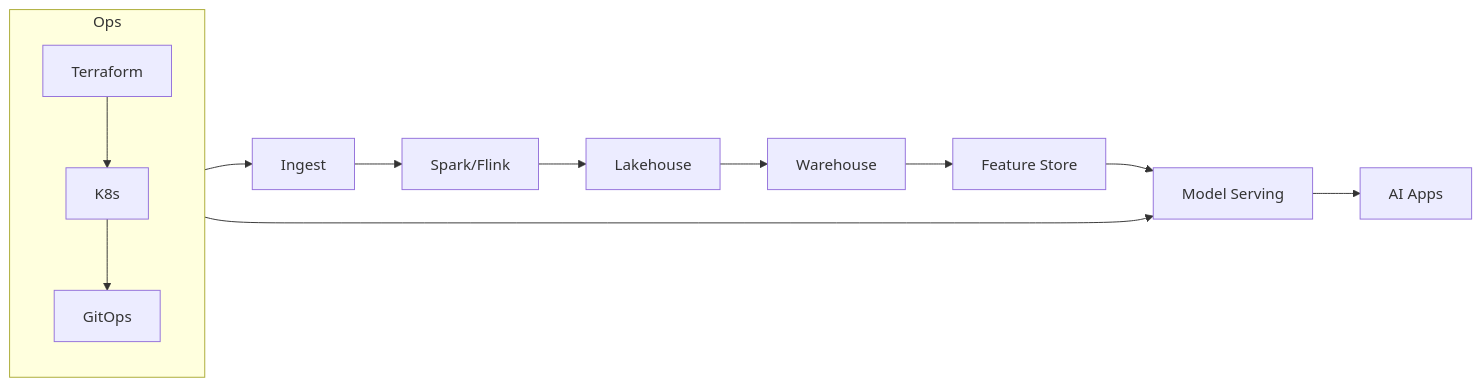
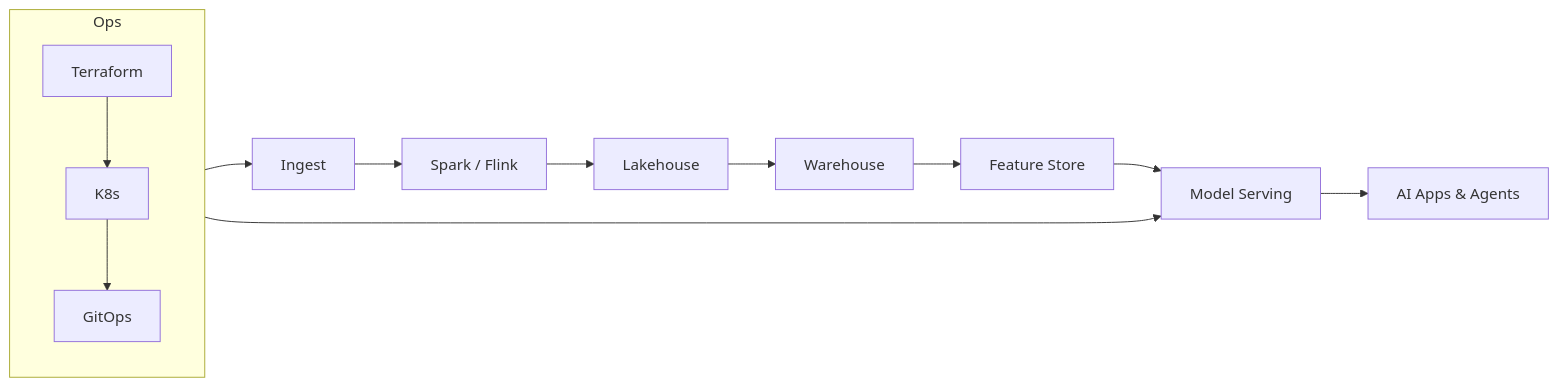
The diagram in README.md (TheDataEngineX/dex), drawn with Mermaid before and after one commit. The commit also changed other lines of this file and 279 other files, not shown here.

````diff
--- a/README.md
+++ b/README.md
@@ -200,14 +183,14 @@
 ```mermaid
 flowchart LR
-    Ingest[Ingest] --> Process[Spark/Flink]
+    Ingest[Ingest] --> Process[Spark / Flink]
     Process --> Lakehouse[Lakehouse]
     Lakehouse --> Warehouse[Warehouse]
     Warehouse --> Features[Feature Store]
     Features --> Serve[Model Serving]
-    Serve --> Apps[AI Apps]
+    Serve --> Apps[AI Apps & Agents]
     subgraph Ops
         Terraform --> K8s --> GitOps
     end
     Ops --> Ingest
     Ops --> Serve
 ```
````
